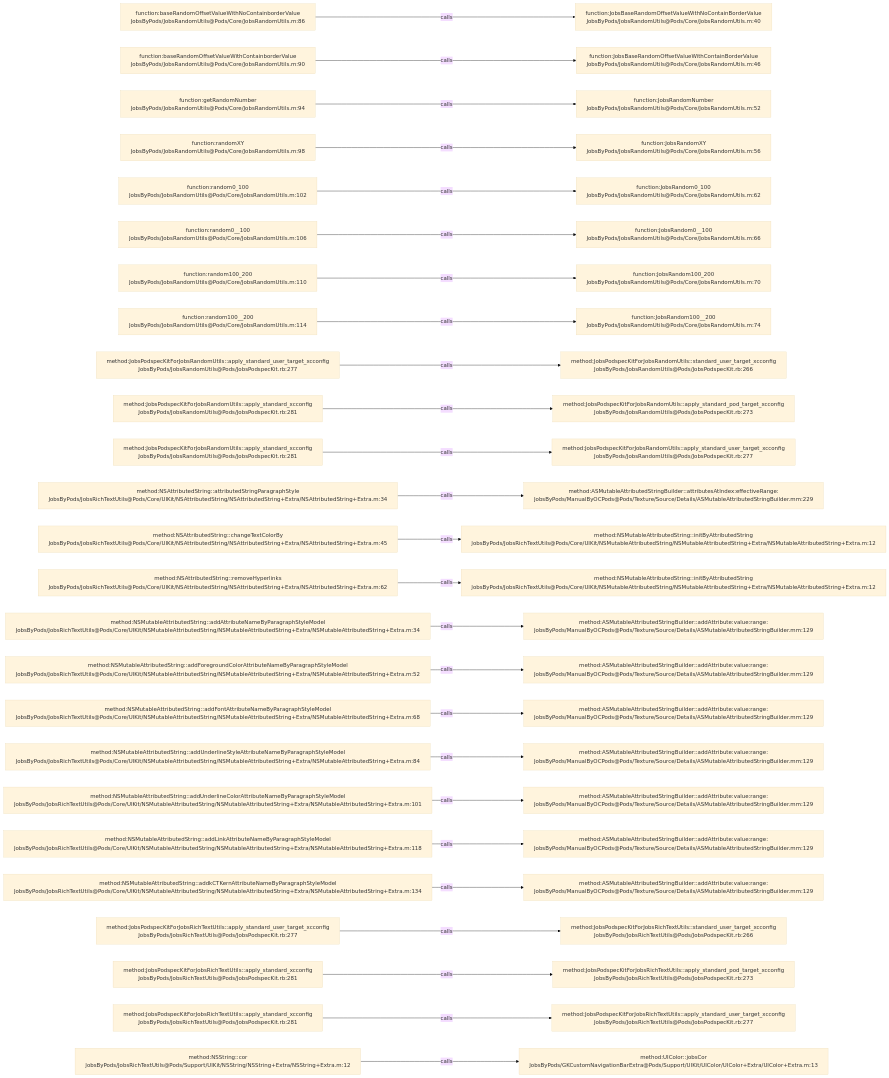
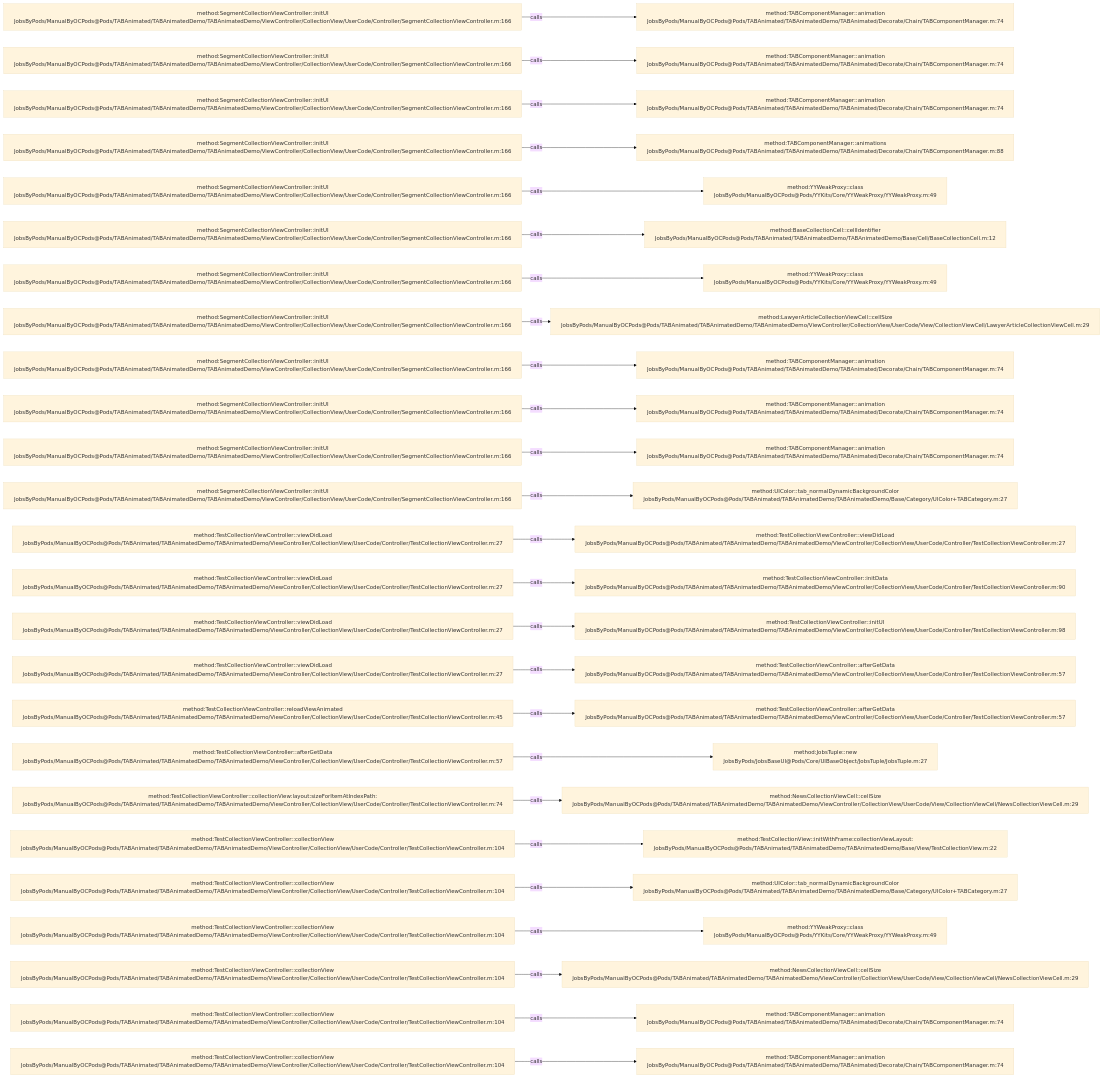
Before and after one commit to JobsKits/JobsOCBaseConfigDemo: the diagram in .codegraph/codegraph.md/graphs/calls-158.md, drawn with Mermaid (base theme). The commit also changed 573 other files, not shown here.

````diff
--- a/.codegraph/codegraph.md/graphs/calls-158.md
+++ b/.codegraph/codegraph.md/graphs/calls-158.md
@@ -13,78 +13,78 @@
 ```mermaid
 flowchart LR
-  S1["function:baseRandomOffsetValueWithNoContainborderValue<br/>JobsByPods/JobsRandomUtils@Pods/Core/JobsRandomUtils.m:86"]
-  T1["function:JobsBaseRandomOffsetValueWithNoContainBorderValue<br/>JobsByPods/JobsRandomUtils@Pods/Core/JobsRandomUtils.m:40"]
+  S1["method:SegmentCollectionViewController::initUI<br/>JobsByPods/ManualByOCPods@Pods/TABAnimated/TABAnimatedDemo/TABAnimatedDemo/ViewController/CollectionView/UserCode/Controller/SegmentCollectionViewController.m:166"]
+  T1["method:TABComponentManager::animation<br/>JobsByPods/ManualByOCPods@Pods/TABAnimated/TABAnimatedDemo/TABAnimated/Decorate/Chain/TABComponentManager.m:74"]
   S1 -->|calls| T1
-  S2["function:baseRandomOffsetValueWithContainborderValue<br/>JobsByPods/JobsRandomUtils@Pods/Core/JobsRandomUtils.m:90"]
-  T2["function:JobsBaseRandomOffsetValueWithContainBorderValue<br/>JobsByPods/JobsRandomUtils@Pods/Core/JobsRandomUtils.m:46"]
+  S2["method:SegmentCollectionViewController::initUI<br/>JobsByPods/ManualByOCPods@Pods/TABAnimated/TABAnimatedDemo/TABAnimatedDemo/ViewController/CollectionView/UserCode/Controller/SegmentCollectionViewController.m:166"]
+  T2["method:TABComponentManager::animation<br/>JobsByPods/ManualByOCPods@Pods/TABAnimated/TABAnimatedDemo/TABAnimated/Decorate/Chain/TABComponentManager.m:74"]
   S2 -->|calls| T2
-  S3["function:getRandomNumber<br/>JobsByPods/JobsRandomUtils@Pods/Core/JobsRandomUtils.m:94"]
-  T3["function:JobsRandomNumber<br/>JobsByPods/JobsRandomUtils@Pods/Core/JobsRandomUtils.m:52"]
+  S3["method:SegmentCollectionViewController::initUI<br/>JobsByPods/ManualByOCPods@Pods/TABAnimated/TABAnimatedDemo/TABAnimatedDemo/ViewController/CollectionView/UserCode/Controller/SegmentCollectionViewController.m:166"]
+  T3["method:TABComponentManager::animation<br/>JobsByPods/ManualByOCPods@Pods/TABAnimated/TABAnimatedDemo/TABAnimated/Decorate/Chain/TABComponentManager.m:74"]
   S3 -->|calls| T3
-  S4["function:randomXY<br/>JobsByPods/JobsRandomUtils@Pods/Core/JobsRandomUtils.m:98"]
-  T4["function:JobsRandomXY<br/>JobsByPods/JobsRandomUtils@Pods/Core/JobsRandomUtils.m:56"]
+  S4["method:SegmentCollectionViewController::initUI<br/>JobsByPods/ManualByOCPods@Pods/TABAnimated/TABAnimatedDemo/TABAnimatedDemo/ViewController/CollectionView/UserCode/Controller/SegmentCollectionViewController.m:166"]
+  T4["method:TABComponentManager::animations<br/>JobsByPods/ManualByOCPods@Pods/TABAnimated/TABAnimatedDemo/TABAnimated/Decorate/Chain/TABComponentManager.m:88"]
   S4 -->|calls| T4
-  S5["function:random0_100<br/>JobsByPods/JobsRandomUtils@Pods/Core/JobsRandomUtils.m:102"]
-  T5["function:JobsRandom0_100<br/>JobsByPods/JobsRandomUtils@Pods/Core/JobsRandomUtils.m:62"]
+  S5["method:SegmentCollectionViewController::initUI<br/>JobsByPods/ManualByOCPods@Pods/TABAnimated/TABAnimatedDemo/TABAnimatedDemo/ViewController/CollectionView/UserCode/Controller/SegmentCollectionViewController.m:166"]
+  T5["method:YYWeakProxy::class<br/>JobsByPods/ManualByOCPods@Pods/YYKits/Core/YYWeakProxy/YYWeakProxy.m:49"]
   S5 -->|calls| T5
-  S6["function:random0__100<br/>JobsByPods/JobsRandomUtils@Pods/Core/JobsRandomUtils.m:106"]
-  T6["function:JobsRandom0__100<br/>JobsByPods/JobsRandomUtils@Pods/Core/JobsRandomUtils.m:66"]
+  S6["method:SegmentCollectionViewController::initUI<br/>JobsByPods/ManualByOCPods@Pods/TABAnimated/TABAnimatedDemo/TABAnimatedDemo/ViewController/CollectionView/UserCode/Controller/SegmentCollectionViewController.m:166"]
+  T6["method:BaseCollectionCell::cellIdentifier<br/>JobsByPods/ManualByOCPods@Pods/TABAnimated/TABAnimatedDemo/TABAnimatedDemo/Base/Cell/BaseCollectionCell.m:12"]
   S6 -->|calls| T6
-  S7["function:random100_200<br/>JobsByPods/JobsRandomUtils@Pods/Core/JobsRandomUtils.m:110"]
-  T7["function:JobsRandom100_200<br/>JobsByPods/JobsRandomUtils@Pods/Core/JobsRandomUtils.m:70"]
+  S7["method:SegmentCollectionViewController::initUI<br/>JobsByPods/ManualByOCPods@Pods/TABAnimated/TABAnimatedDemo/TABAnimatedDemo/ViewController/CollectionView/UserCode/Controller/SegmentCollectionViewController.m:166"]
+  T7["method:YYWeakProxy::class<br/>JobsByPods/ManualByOCPods@Pods/YYKits/Core/YYWeakProxy/YYWeakProxy.m:49"]
   S7 -->|calls| T7
-  S8["function:random100__200<br/>JobsByPods/JobsRandomUtils@Pods/Core/JobsRandomUtils.m:114"]
-  T8["function:JobsRandom100__200<br/>JobsByPods/JobsRandomUtils@Pods/Core/JobsRandomUtils.m:74"]
+  S8["method:SegmentCollectionViewController::initUI<br/>JobsByPods/ManualByOCPods@Pods/TABAnimated/TABAnimatedDemo/TABAnimatedDemo/ViewController/CollectionView/UserCode/Controller/SegmentCollectionViewController.m:166"]
+  T8["method:LawyerArticleCollectionViewCell::cellSize<br/>JobsByPods/ManualByOCPods@Pods/TABAnimated/TABAnimatedDemo/TABAnimatedDemo/ViewController/CollectionView/UserCode/View/CollectionViewCell/LawyerArticleCollectionViewCell.m:29"]
   S8 -->|calls| T8
-  S9["method:JobsPodspecKitForJobsRandomUtils::apply_standard_user_target_xcconfig<br/>JobsByPods/JobsRandomUtils@Pods/JobsPodspecKit.rb:277"]
-  T9["method:JobsPodspecKitForJobsRandomUtils::standard_user_target_xcconfig<br/>JobsByPods/JobsRandomUtils@Pods/JobsPodspecKit.rb:266"]
+  S9["method:SegmentCollectionViewController::initUI<br/>JobsByPods/ManualByOCPods@Pods/TABAnimated/TABAnimatedDemo/TABAnimatedDemo/ViewController/CollectionView/UserCode/Controller/SegmentCollectionViewController.m:166"]
+  T9["method:TABComponentManager::animation<br/>JobsByPods/ManualByOCPods@Pods/TABAnimated/TABAnimatedDemo/TABAnimated/Decorate/Chain/TABComponentManager.m:74"]
   S9 -->|calls| T9
-  S10["method:JobsPodspecKitForJobsRandomUtils::apply_standard_xcconfig<br/>JobsByPods/JobsRandomUtils@Pods/JobsPodspecKit.rb:281"]
-  T10["method:JobsPodspecKitForJobsRandomUtils::apply_standard_pod_target_xcconfig<br/>JobsByPods/JobsRandomUtils@Pods/JobsPodspecKit.rb:273"]
+  S10["method:SegmentCollectionViewController::initUI<br/>JobsByPods/ManualByOCPods@Pods/TABAnimated/TABAnimatedDemo/TABAnimatedDemo/ViewController/CollectionView/UserCode/Controller/SegmentCollectionViewController.m:166"]
+  T10["method:TABComponentManager::animation<br/>JobsByPods/ManualByOCPods@Pods/TABAnimated/TABAnimatedDemo/TABAnimated/Decorate/Chain/TABComponentManager.m:74"]
   S10 -->|calls| T10
-  S11["method:JobsPodspecKitForJobsRandomUtils::apply_standard_xcconfig<br/>JobsByPods/JobsRandomUtils@Pods/JobsPodspecKit.rb:281"]
-  T11["method:JobsPodspecKitForJobsRandomUtils::apply_standard_user_target_xcconfig<br/>JobsByPods/JobsRandomUtils@Pods/JobsPodspecKit.rb:277"]
+  S11["method:SegmentCollectionViewController::initUI<br/>JobsByPods/ManualByOCPods@Pods/TABAnimated/TABAnimatedDemo/TABAnimatedDemo/ViewController/CollectionView/UserCode/Controller/SegmentCollectionViewController.m:166"]
+  T11["method:TABComponentManager::animation<br/>JobsByPods/ManualByOCPods@Pods/TABAnimated/TABAnimatedDemo/TABAnimated/Decorate/Chain/TABComponentManager.m:74"]
   S11 -->|calls| T11
-  S12["method:NSAttributedString::attributedStringParagraphStyle<br/>JobsByPods/JobsRichTextUtils@Pods/Core/UIKit/NSAttributedString/NSAttributedString+Extra/NSAttributedString+Extra.m:34"]
-  T12["method:ASMutableAttributedStringBuilder::attributesAtIndex:effectiveRange:<br/>JobsByPods/ManualByOCPods@Pods/Texture/Source/Details/ASMutableAttributedStringBuilder.mm:229"]
+  S12["method:SegmentCollectionViewController::initUI<br/>JobsByPods/ManualByOCPods@Pods/TABAnimated/TABAnimatedDemo/TABAnimatedDemo/ViewController/CollectionView/UserCode/Controller/SegmentCollectionViewController.m:166"]
+  T12["method:UIColor::tab_normalDynamicBackgroundColor<br/>JobsByPods/ManualByOCPods@Pods/TABAnimated/TABAnimatedDemo/TABAnimatedDemo/Base/Category/UIColor+TABCategory.m:27"]
   S12 -->|calls| T12
-  S13["method:NSAttributedString::changeTextColorBy<br/>JobsByPods/JobsRichTextUtils@Pods/Core/UIKit/NSAttributedString/NSAttributedString+Extra/NSAttributedString+Extra.m:45"]
-  T13["method:NSMutableAttributedString::initByAttributedString<br/>JobsByPods/JobsRichTextUtils@Pods/Core/UIKit/NSMutableAttributedString/NSMutableAttributedString+Extra/NSMutableAttributedString+Extra.m:12"]
+  S13["method:TestCollectionViewController::viewDidLoad<br/>JobsByPods/ManualByOCPods@Pods/TABAnimated/TABAnimatedDemo/TABAnimatedDemo/ViewController/CollectionView/UserCode/Controller/TestCollectionViewController.m:27"]
+  T13["method:TestCollectionViewController::viewDidLoad<br/>JobsByPods/ManualByOCPods@Pods/TABAnimated/TABAnimatedDemo/TABAnimatedDemo/ViewController/CollectionView/UserCode/Controller/TestCollectionViewController.m:27"]
   S13 -->|calls| T13
-  S14["method:NSAttributedString::removeHyperlinks<br/>JobsByPods/JobsRichTextUtils@Pods/Core/UIKit/NSAttributedString/NSAttributedString+Extra/NSAttributedString+Extra.m:62"]
-  T14["method:NSMutableAttributedString::initByAttributedString<br/>JobsByPods/JobsRichTextUtils@Pods/Core/UIKit/NSMutableAttributedString/NSMutableAttributedString+Extra/NSMutableAttributedString+Extra.m:12"]
+  S14["method:TestCollectionViewController::viewDidLoad<br/>JobsByPods/ManualByOCPods@Pods/TABAnimated/TABAnimatedDemo/TABAnimatedDemo/ViewController/CollectionView/UserCode/Controller/TestCollectionViewController.m:27"]
+  T14["method:TestCollectionViewController::initData<br/>JobsByPods/ManualByOCPods@Pods/TABAnimated/TABAnimatedDemo/TABAnimatedDemo/ViewController/CollectionView/UserCode/Controller/TestCollectionViewController.m:90"]
   S14 -->|calls| T14
-  S15["method:NSMutableAttributedString::addAttributeNameByParagraphStyleModel<br/>JobsByPods/JobsRichTextUtils@Pods/Core/UIKit/NSMutableAttributedString/NSMutableAttributedString+Extra/NSMutableAttributedString+Extra.m:34"]
-  T15["method:ASMutableAttributedStringBuilder::addAttribute:value:range:<br/>JobsByPods/ManualByOCPods@Pods/Texture/Source/Details/ASMutableAttributedStringBuilder.mm:129"]
+  S15["method:TestCollectionViewController::viewDidLoad<br/>JobsByPods/ManualByOCPods@Pods/TABAnimated/TABAnimatedDemo/TABAnimatedDemo/ViewController/CollectionView/UserCode/Controller/TestCollectionViewController.m:27"]
+  T15["method:TestCollectionViewController::initUI<br/>JobsByPods/ManualByOCPods@Pods/TABAnimated/TABAnimatedDemo/TABAnimatedDemo/ViewController/CollectionView/UserCode/Controller/TestCollectionViewController.m:98"]
   S15 -->|calls| T15
-  S16["method:NSMutableAttributedString::addForegroundColorAttributeNameByParagraphStyleModel<br/>JobsByPods/JobsRichTextUtils@Pods/Core/UIKit/NSMutableAttributedString/NSMutableAttributedString+Extra/NSMutableAttributedString+Extra.m:52"]
-  T16["method:ASMutableAttributedStringBuilder::addAttribute:value:range:<br/>JobsByPods/ManualByOCPods@Pods/Texture/Source/Details/ASMutableAttributedStringBuilder.mm:129"]
+  S16["method:TestCollectionViewController::viewDidLoad<br/>JobsByPods/ManualByOCPods@Pods/TABAnimated/TABAnimatedDemo/TABAnimatedDemo/ViewController/CollectionView/UserCode/Controller/TestCollectionViewController.m:27"]
+  T16["method:TestCollectionViewController::afterGetData<br/>JobsByPods/ManualByOCPods@Pods/TABAnimated/TABAnimatedDemo/TABAnimatedDemo/ViewController/CollectionView/UserCode/Controller/TestCollectionViewController.m:57"]
   S16 -->|calls| T16
-  S17["method:NSMutableAttributedString::addFontAttributeNameByParagraphStyleModel<br/>JobsByPods/JobsRichTextUtils@Pods/Core/UIKit/NSMutableAttributedString/NSMutableAttributedString+Extra/NSMutableAttributedString+Extra.m:68"]
-  T17["method:ASMutableAttributedStringBuilder::addAttribute:value:range:<br/>JobsByPods/ManualByOCPods@Pods/Texture/Source/Details/ASMutableAttributedStringBuilder.mm:129"]
+  S17["method:TestCollectionViewController::reloadViewAnimated<br/>JobsByPods/ManualByOCPods@Pods/TABAnimated/TABAnimatedDemo/TABAnimatedDemo/ViewController/CollectionView/UserCode/Controller/TestCollectionViewController.m:45"]
+  T17["method:TestCollectionViewController::afterGetData<br/>JobsByPods/ManualByOCPods@Pods/TABAnimated/TABAnimatedDemo/TABAnimatedDemo/ViewController/CollectionView/UserCode/Controller/TestCollectionViewController.m:57"]
   S17 -->|calls| T17
-  S18["method:NSMutableAttributedString::addUnderlineStyleAttributeNameByParagraphStyleModel<br/>JobsByPods/JobsRichTextUtils@Pods/Core/UIKit/NSMutableAttributedString/NSMutableAttributedString+Extra/NSMutableAttributedString+Extra.m:84"]
-  T18["method:ASMutableAttributedStringBuilder::addAttribute:value:range:<br/>JobsByPods/ManualByOCPods@Pods/Texture/Source/Details/ASMutableAttributedStringBuilder.mm:129"]
+  S18["method:TestCollectionViewController::afterGetData<br/>JobsByPods/ManualByOCPods@Pods/TABAnimated/TABAnimatedDemo/TABAnimatedDemo/ViewController/CollectionView/UserCode/Controller/TestCollectionViewController.m:57"]
+  T18["method:JobsTuple::new<br/>JobsByPods/JobsBaseUI@Pods/Core/UIBaseObject/JobsTuple/JobsTuple.m:27"]
   S18 -->|calls| T18
-  S19["method:NSMutableAttributedString::addUnderlineColorAttributeNameByParagraphStyleModel<br/>JobsByPods/JobsRichTextUtils@Pods/Core/UIKit/NSMutableAttributedString/NSMutableAttributedString+Extra/NSMutableAttributedString+Extra.m:101"]
-  T19["method:ASMutableAttributedStringBuilder::addAttribute:value:range:<br/>JobsByPods/ManualByOCPods@Pods/Texture/Source/Details/ASMutableAttributedStringBuilder.mm:129"]
+  S19["method:TestCollectionViewController::collectionView:layout:sizeForItemAtIndexPath:<br/>JobsByPods/ManualByOCPods@Pods/TABAnimated/TABAnimatedDemo/TABAnimatedDemo/ViewController/CollectionView/UserCode/Controller/TestCollectionViewController.m:74"]
+  T19["method:NewsCollectionViewCell::cellSize<br/>JobsByPods/ManualByOCPods@Pods/TABAnimated/TABAnimatedDemo/TABAnimatedDemo/ViewController/CollectionView/UserCode/View/CollectionViewCell/NewsCollectionViewCell.m:29"]
   S19 -->|calls| T19
-  S20["method:NSMutableAttributedString::addLinkAttributeNameByParagraphStyleModel<br/>JobsByPods/JobsRichTextUtils@Pods/Core/UIKit/NSMutableAttributedString/NSMutableAttributedString+Extra/NSMutableAttributedString+Extra.m:118"]
-  T20["method:ASMutableAttributedStringBuilder::addAttribute:value:range:<br/>JobsByPods/ManualByOCPods@Pods/Texture/Source/Details/ASMutableAttributedStringBuilder.mm:129"]
+  S20["method:TestCollectionViewController::collectionView<br/>JobsByPods/ManualByOCPods@Pods/TABAnimated/TABAnimatedDemo/TABAnimatedDemo/ViewController/CollectionView/UserCode/Controller/TestCollectionViewController.m:104"]
+  T20["method:TestCollectionView::initWithFrame:collectionViewLayout:<br/>JobsByPods/ManualByOCPods@Pods/TABAnimated/TABAnimatedDemo/TABAnimatedDemo/Base/View/TestCollectionView.m:22"]
   S20 -->|calls| T20
-  S21["method:NSMutableAttributedString::addkCTKernAttributeNameByParagraphStyleModel<br/>JobsByPods/JobsRichTextUtils@Pods/Core/UIKit/NSMutableAttributedString/NSMutableAttributedString+Extra/NSMutableAttributedString+Extra.m:134"]
-  T21["method:ASMutableAttributedStringBuilder::addAttribute:value:range:<br/>JobsByPods/ManualByOCPods@Pods/Texture/Source/Details/ASMutableAttributedStringBuilder.mm:129"]
+  S21["method:TestCollectionViewController::collectionView<br/>JobsByPods/ManualByOCPods@Pods/TABAnimated/TABAnimatedDemo/TABAnimatedDemo/ViewController/CollectionView/UserCode/Controller/TestCollectionViewController.m:104"]
+  T21["method:UIColor::tab_normalDynamicBackgroundColor<br/>JobsByPods/ManualByOCPods@Pods/TABAnimated/TABAnimatedDemo/TABAnimatedDemo/Base/Category/UIColor+TABCategory.m:27"]
   S21 -->|calls| T21
-  S22["method:JobsPodspecKitForJobsRichTextUtils::apply_standard_user_target_xcconfig<br/>JobsByPods/JobsRichTextUtils@Pods/JobsPodspecKit.rb:277"]
-  T22["method:JobsPodspecKitForJobsRichTextUtils::standard_user_target_xcconfig<br/>JobsByPods/JobsRichTextUtils@Pods/JobsPodspecKit.rb:266"]
+  S22["method:TestCollectionViewController::collectionView<br/>JobsByPods/ManualByOCPods@Pods/TABAnimated/TABAnimatedDemo/TABAnimatedDemo/ViewController/CollectionView/UserCode/Controller/TestCollectionViewController.m:104"]
+  T22["method:YYWeakProxy::class<br/>JobsByPods/ManualByOCPods@Pods/YYKits/Core/YYWeakProxy/YYWeakProxy.m:49"]
   S22 -->|calls| T22
-  S23["method:JobsPodspecKitForJobsRichTextUtils::apply_standard_xcconfig<br/>JobsByPods/JobsRichTextUtils@Pods/JobsPodspecKit.rb:281"]
-  T23["method:JobsPodspecKitForJobsRichTextUtils::apply_standard_pod_target_xcconfig<br/>JobsByPods/JobsRichTextUtils@Pods/JobsPodspecKit.rb:273"]
+  S23["method:TestCollectionViewController::collectionView<br/>JobsByPods/ManualByOCPods@Pods/TABAnimated/TABAnimatedDemo/TABAnimatedDemo/ViewController/CollectionView/UserCode/Controller/TestCollectionViewController.m:104"]
+  T23["method:NewsCollectionViewCell::cellSize<br/>JobsByPods/ManualByOCPods@Pods/TABAnimated/TABAnimatedDemo/TABAnimatedDemo/ViewController/CollectionView/UserCode/View/CollectionViewCell/NewsCollectionViewCell.m:29"]
   S23 -->|calls| T23
-  S24["method:JobsPodspecKitForJobsRichTextUtils::apply_standard_xcconfig<br/>JobsByPods/JobsRichTextUtils@Pods/JobsPodspecKit.rb:281"]
-  T24["method:JobsPodspecKitForJobsRichTextUtils::apply_standard_user_target_xcconfig<br/>JobsByPods/JobsRichTextUtils@Pods/JobsPodspecKit.rb:277"]
+  S24["method:TestCollectionViewController::collectionView<br/>JobsByPods/ManualByOCPods@Pods/TABAnimated/TABAnimatedDemo/TABAnimatedDemo/ViewController/CollectionView/UserCode/Controller/TestCollectionViewController.m:104"]
+  T24["method:TABComponentManager::animation<br/>JobsByPods/ManualByOCPods@Pods/TABAnimated/TABAnimatedDemo/TABAnimated/Decorate/Chain/TABComponentManager.m:74"]
   S24 -->|calls| T24
-  S25["method:NSString::cor<br/>JobsByPods/JobsRichTextUtils@Pods/Support/UIKit/NSString/NSString+Extra/NSString+Extra.m:12"]
-  T25["method:UIColor::jobsCor<br/>JobsByPods/GKCustomNavigationBarExtra@Pods/Support/UIKit/UIColor/UIColor+Extra/UIColor+Extra.m:13"]
+  S25["method:TestCollectionViewController::collectionView<br/>JobsByPods/ManualByOCPods@Pods/TABAnimated/TABAnimatedDemo/TABAnimatedDemo/ViewController/CollectionView/UserCode/Controller/TestCollectionViewController.m:104"]
+  T25["method:TABComponentManager::animation<br/>JobsByPods/ManualByOCPods@Pods/TABAnimated/TABAnimatedDemo/TABAnimated/Decorate/Chain/TABComponentManager.m:74"]
   S25 -->|calls| T25
 ```
````
